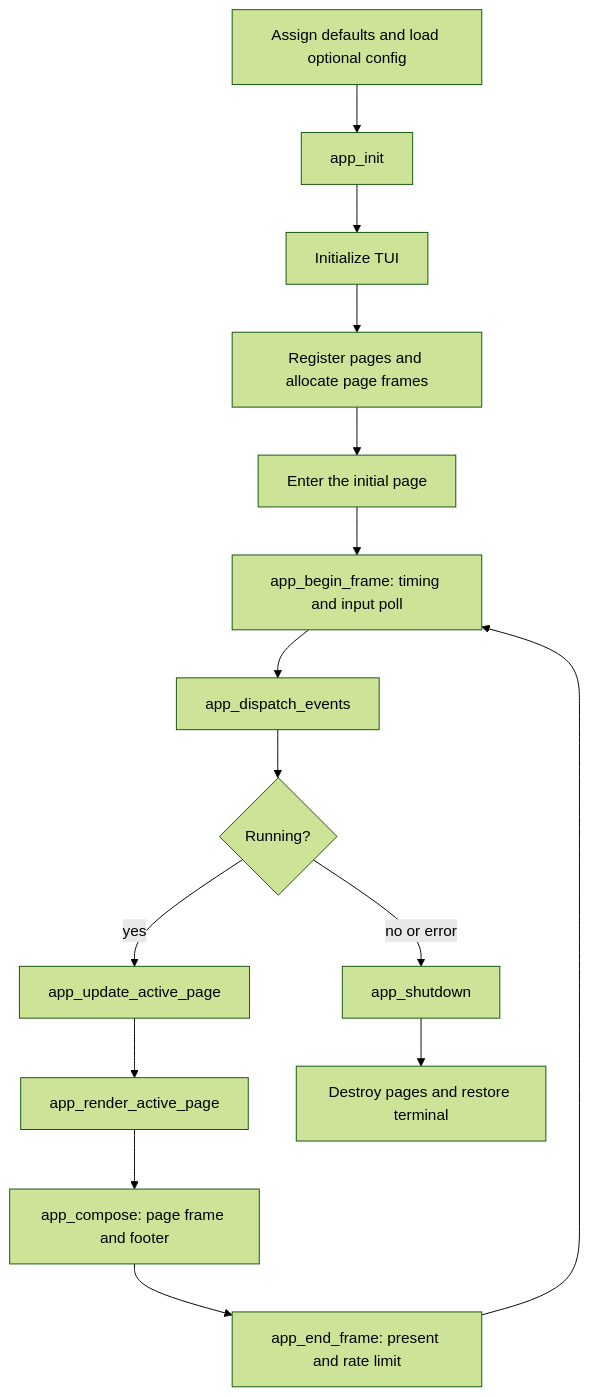
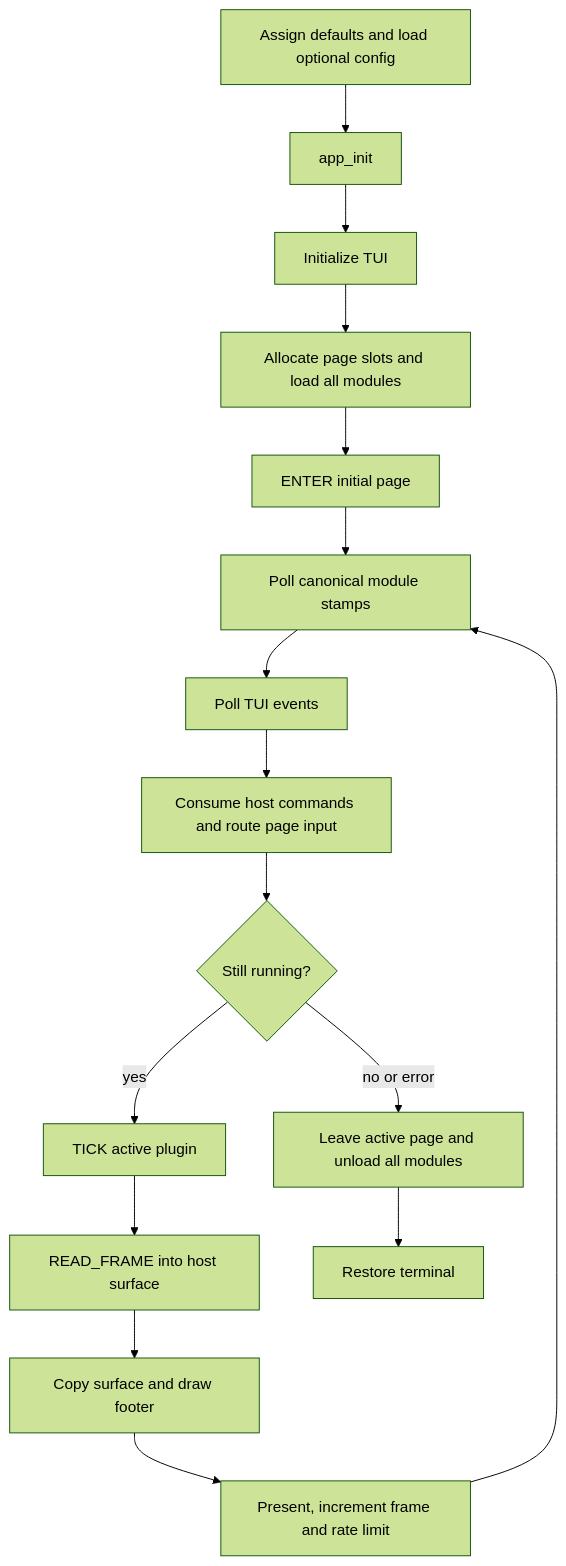
One commit to jeff31415/Tverse changed the first of 6 diagrams in docs/application-lifecycle.md. Above: the diagram before and after it, drawn with Mermaid (forest theme). The commit also changed other lines of this file and 43 other files, not shown here.

````diff
--- a/docs/application-lifecycle.md
+++ b/docs/application-lifecycle.md
@@ -9,17 +11,18 @@
 ```mermaid
 flowchart TD
-    Config["Assign defaults and load optional config"] --> Init["app_init"]
-    Init --> Tui["Initialize TUI"]
-    Tui --> Pages["Register pages and allocate page frames"]
-    Pages --> Enter["Enter the initial page"]
-    Enter --> Begin["app_begin_frame: timing and input poll"]
-    Begin --> Dispatch["app_dispatch_events"]
-    Dispatch --> Stop{"Running?"}
-    Stop -- "yes" --> Update["app_update_active_page"]
-    Update --> Render["app_render_active_page"]
-    Render --> Compose["app_compose: page frame and footer"]
-    Compose --> Present["app_end_frame: present and rate limit"]
-    Present --> Begin
-    Stop -- "no or error" --> Shutdown["app_shutdown"]
-    Shutdown --> Restore["Destroy pages and restore terminal"]
+  Config["Assign defaults and load optional config"] --> Init["app_init"]
+  Init --> TUI["Initialize TUI"]
+  TUI --> Pages["Allocate page slots and load all modules"]
+  Pages --> Enter["ENTER initial page"]
+  Enter --> Reload["Poll canonical module stamps"]
+  Reload --> Poll["Poll TUI events"]
+  Poll --> Dispatch["Consume host commands and route page input"]
+  Dispatch --> Stop{"Still running?"}
+  Stop -- yes --> Tick["TICK active plugin"]
+  Tick --> Read["READ_FRAME into host surface"]
+  Read --> Compose["Copy surface and draw footer"]
+  Compose --> Present["Present, increment frame and rate limit"]
+  Present --> Reload
+  Stop -- no or error --> Shutdown["Leave active page and unload all modules"]
+  Shutdown --> Restore["Restore terminal"]
 ```
````
